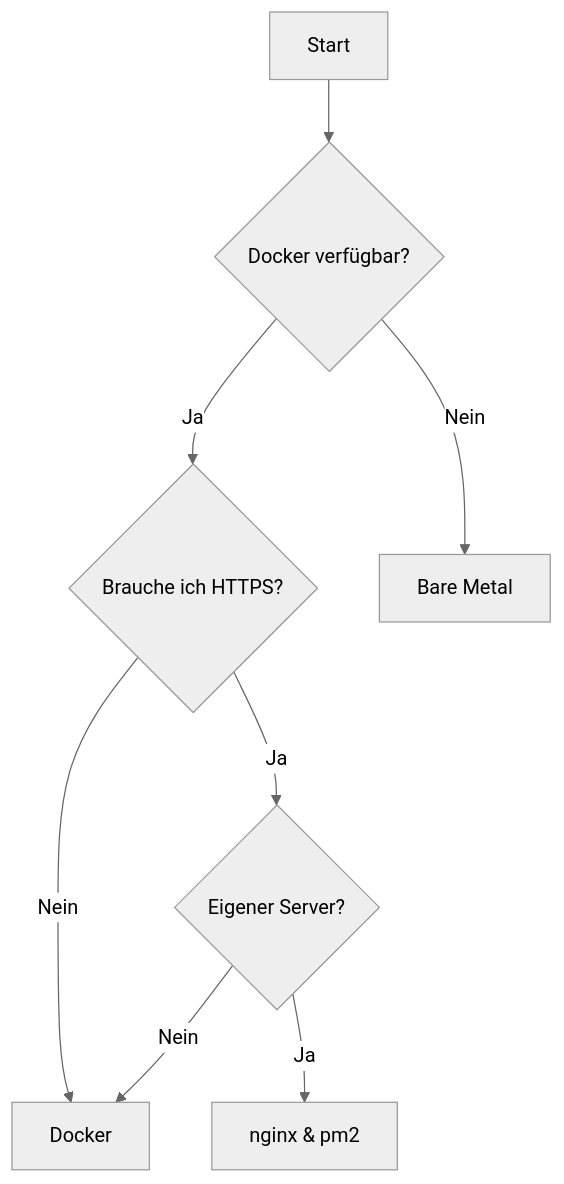
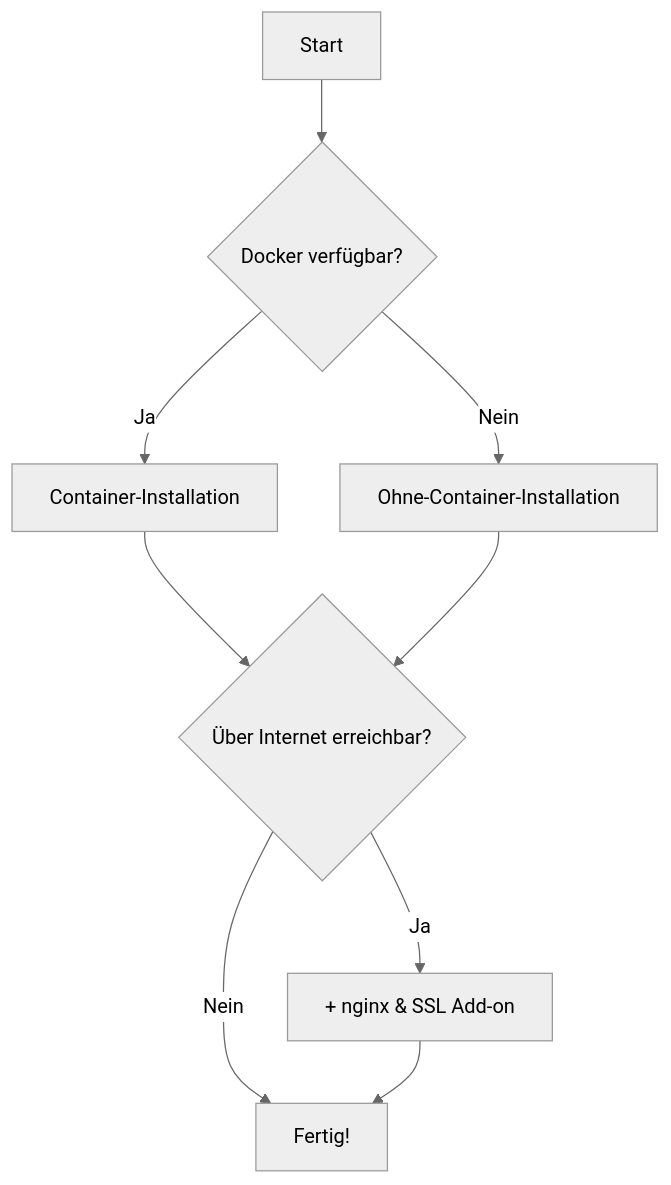
The diagram in doc/mkdocs/docs/installation/index.md (jzakotnik/openlibry), drawn with Mermaid (neutral theme) before and after one commit. The commit also changed other lines of this file and 7 other files, not shown here.

````diff
--- a/doc/mkdocs/docs/installation/index.md
+++ b/doc/mkdocs/docs/installation/index.md
@@ -71,10 +28,11 @@
 ```mermaid
 graph TD
     A[Start] --> B{Docker verfügbar?}
-    B -->|Ja| C{Brauche ich HTTPS?}
-    B -->|Nein| D[Bare Metal]
-    C -->|Nein| E[Docker]
-    C -->|Ja| F{Eigener Server?}
-    F -->|Ja| G[nginx & pm2]
-    F -->|Nein| E
+    B -->|Ja| C[Container-Installation]
+    B -->|Nein| D[Ohne-Container-Installation]
+    C --> E{Über Internet erreichbar?}
+    D --> E
+    E -->|Ja| F[+ nginx & SSL Add-on]
+    E -->|Nein| G[Fertig!]
+    F --> G
 ```
````
